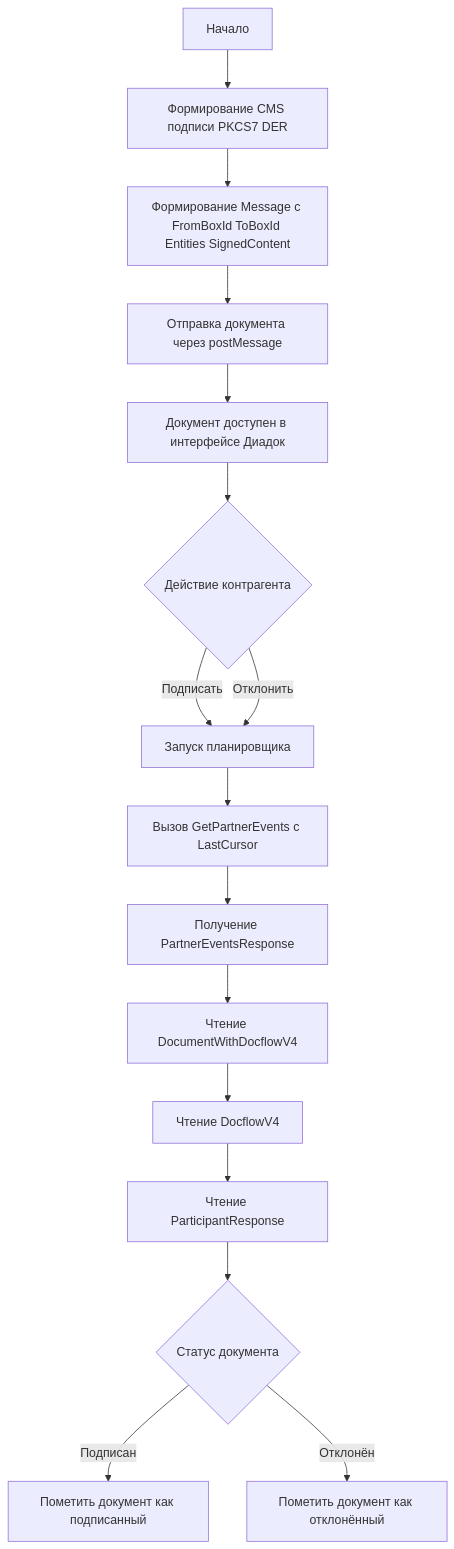
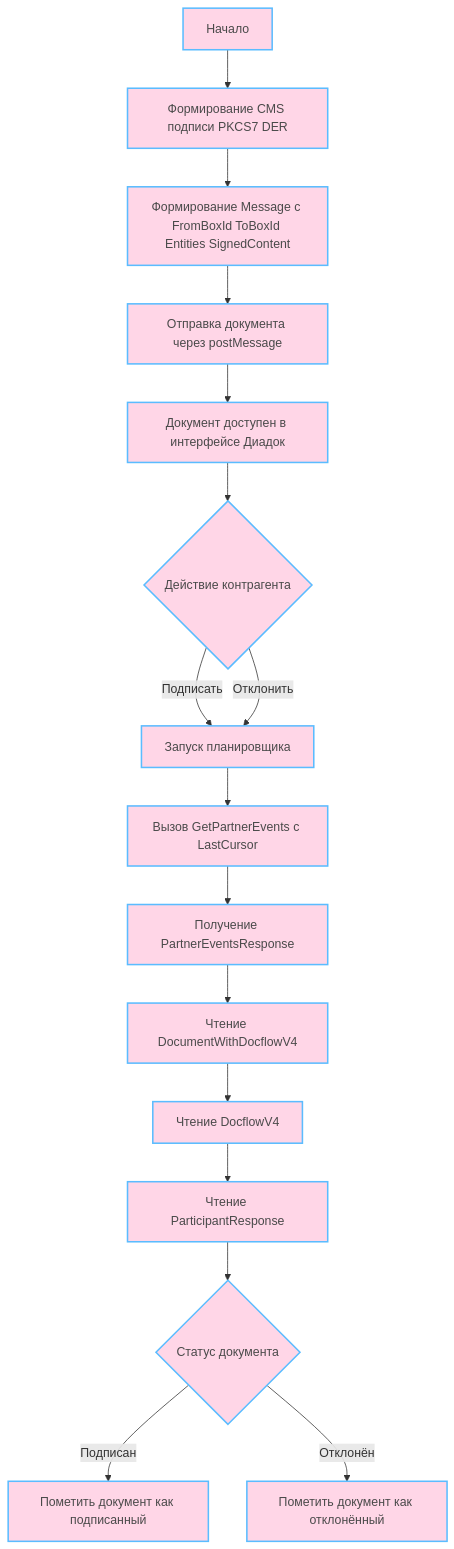
One commit to ProgWrite/ConnectFour changed the diagram in README.md. Above: the diagram before and after it, drawn with Mermaid.

````diff
--- a/README.md
+++ b/README.md
@@ -9,23 +9,28 @@
 ```mermaid
+
 graph TD
     Start[Начало] --> GenerateSignature[Формирование CMS подписи PKCS7 DER]
     GenerateSignature --> BuildMessage[Формирование Message с FromBoxId ToBoxId Entities SignedContent]
     BuildMessage --> PostMessage[Отправка документа через postMessage]
 
     PostMessage --> DiadocUI[Документ доступен в интерфейсе Диадок]
     DiadocUI --> UserAction{Действие контрагента}
 
     UserAction -->|Подписать| Scheduler[Запуск планировщика]
     UserAction -->|Отклонить| Scheduler
 
     Scheduler --> GetEvents[Вызов GetPartnerEvents с LastCursor]
     GetEvents --> EventsResponse[Получение PartnerEventsResponse]
 
     EventsResponse --> DocWithFlow[Чтение DocumentWithDocflowV4]
     DocWithFlow --> Docflow[Чтение DocflowV4]
     Docflow --> RecipientResponse[Чтение ParticipantResponse]
 
     RecipientResponse --> StatusCheck{Статус документа}
     StatusCheck -->|Подписан| Signed[Пометить документ как подписанный]
     StatusCheck -->|Отклонён| Rejected[Пометить документ как отклонённый]
+
+    %% Стили
+    classDef base fill:#ffd6e7,stroke:#5bbcff,stroke-width:2px,color:#4a4a4a;
+    class Start,GenerateSignature,BuildMessage,PostMessage,DiadocUI,UserAction,Scheduler,GetEvents,EventsResponse,DocWithFlow,Docflow,RecipientResponse,StatusCheck,Signed,Rejected base
 ```
````
